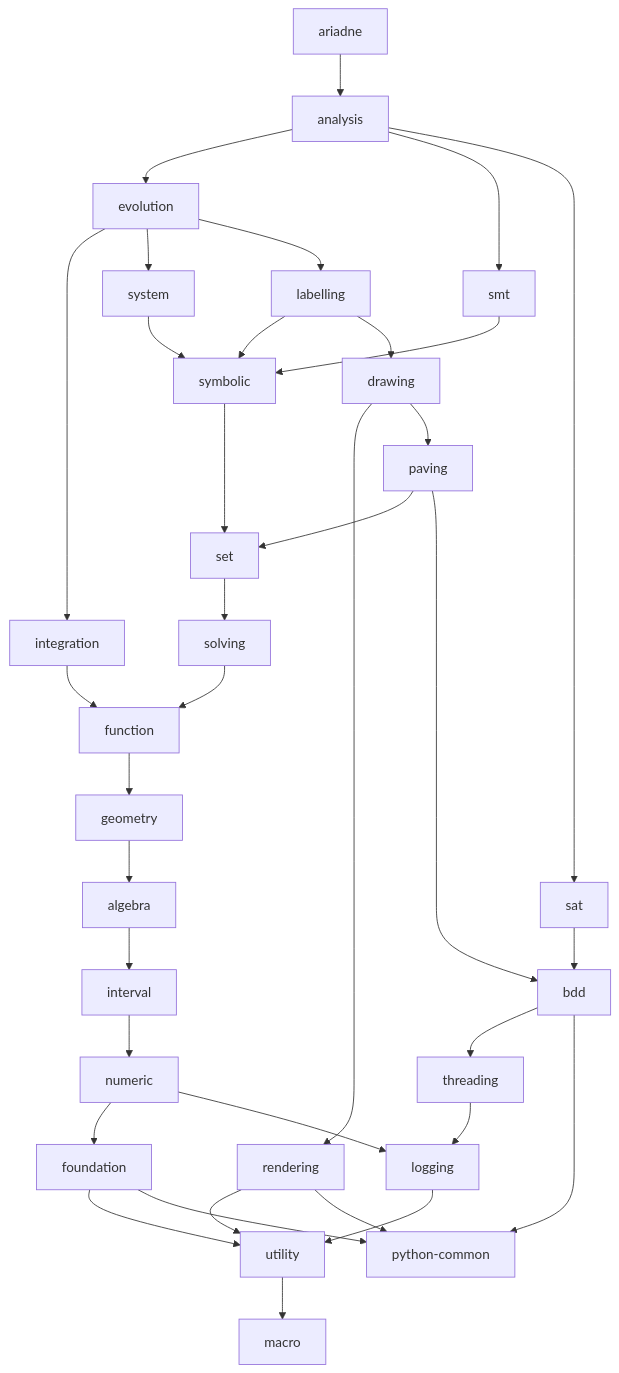
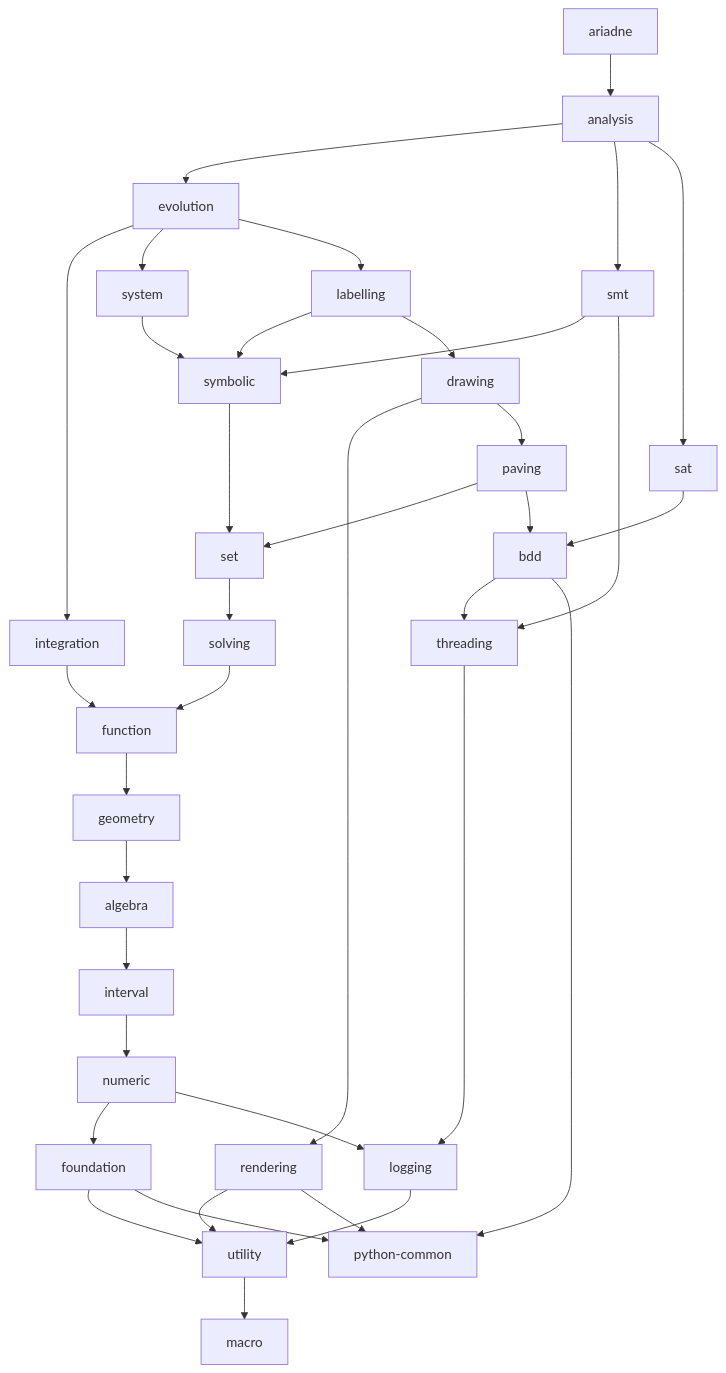
One commit to ariadne-cps/ariadne changed the diagram in doc/decoupling/structure.md. Above: the diagram before and after it, drawn with Mermaid. The commit also changed other lines of this file, not shown here.

Commit message:
docs: add SMT dependency on threading to decoupling structure

````diff
--- a/doc/decoupling/structure.md
+++ b/doc/decoupling/structure.md
@@ -40,53 +40,54 @@
 ```mermaid
 graph TD
     ariadne --> analysis
 
     analysis --> evolution
     analysis --> smt
     analysis --> sat
 
     evolution --> integration
     evolution --> system
     evolution --> labelling
 
     integration --> function
 
     system --> symbolic
 
     smt --> symbolic
+    smt --> threading
 
     sat --> bdd
 
     labelling --> symbolic
     labelling --> drawing
 
     drawing --> rendering
     drawing --> paving
 
     symbolic --> set
 
     paving --> set
     paving --> bdd
     set --> solving
     solving --> function
     function --> geometry
     geometry --> algebra
 
     rendering --> utility
     rendering --> python_common
 
     bdd --> threading
     bdd --> python_common["python-common"]
 
     threading --> logging
     logging --> utility
     utility --> macro
 
     algebra --> interval
     interval --> numeric
     numeric --> foundation
     numeric --> logging
 
     foundation --> utility
     foundation --> python_common
 ```
````
